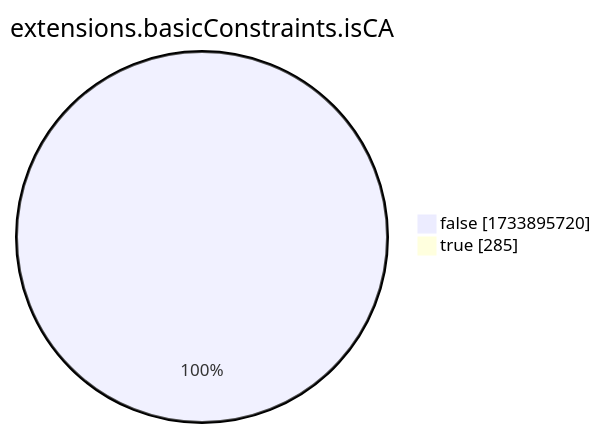
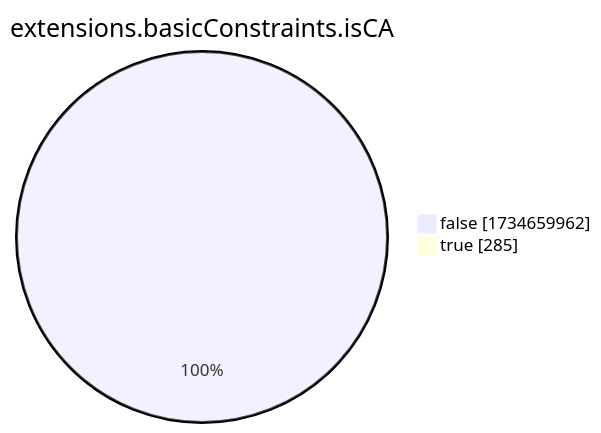
One commit to christiankrug/ctmonitor_visualization changed the eighth of 15 diagrams in xenon2022/README.md. Above: the diagram before and after it, drawn with Mermaid. The commit also changed other lines of this file, not shown here.

````diff
--- a/xenon2022/README.md
+++ b/xenon2022/README.md
@@ -2867,6 +2867,6 @@
 ```mermaid
 pie showData
 title extensions.basicConstraints.isCA
-"false" :1733895720
+"false" :1734659962
 "true" :285
 ```
````
